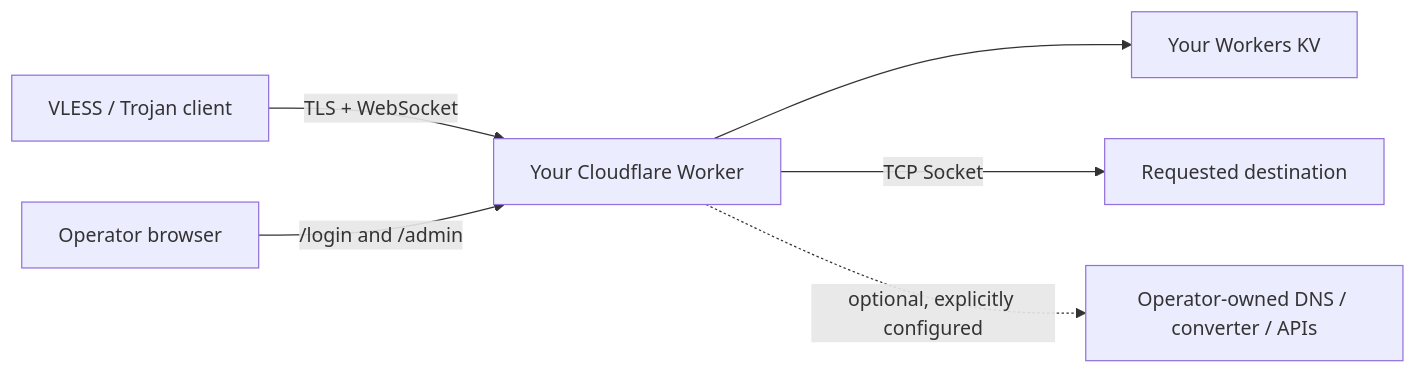
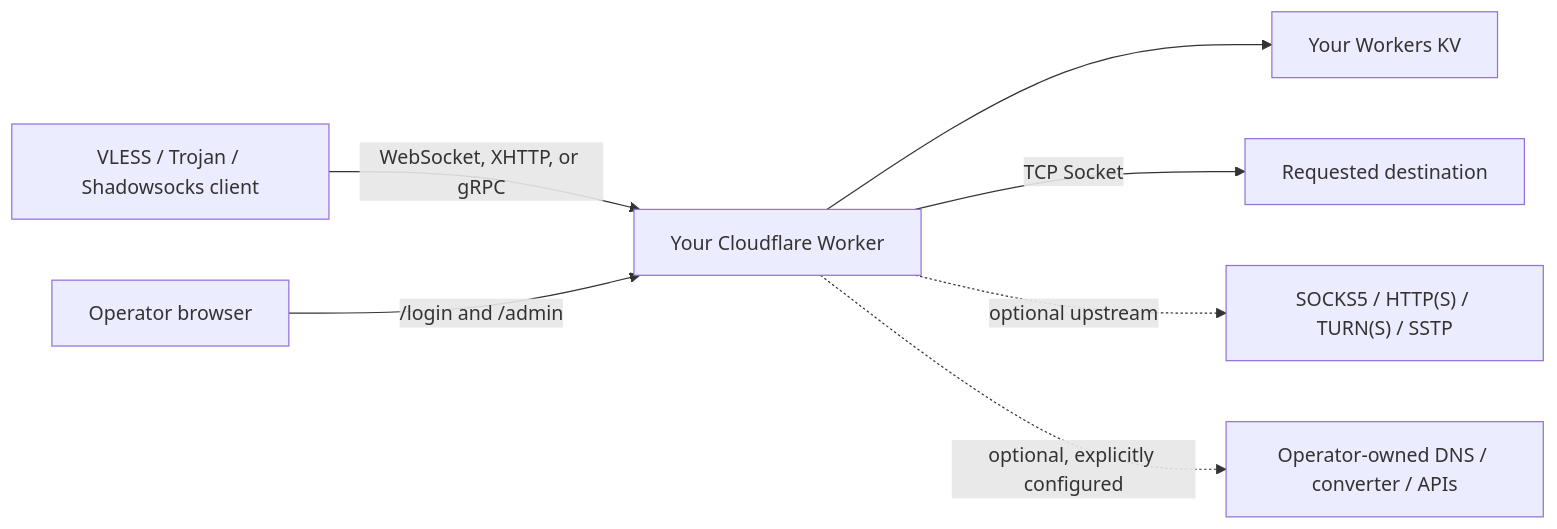
The diagram in README.md (anuxs/Re_edgetunnel), drawn with Mermaid before and after one commit. The commit also changed other lines of this file and 26 other files, not shown here.

````diff
--- a/README.md
+++ b/README.md
@@ -49,8 +58,9 @@
 ```mermaid
 flowchart LR
-    C["VLESS / Trojan client"] -->|"TLS + WebSocket"| W["Your Cloudflare Worker"]
+    C["VLESS / Trojan / Shadowsocks client"] -->|"WebSocket, XHTTP, or gRPC"| W["Your Cloudflare Worker"]
     A["Operator browser"] -->|"/login and /admin"| W
     W --> K["Your Workers KV"]
     W -->|"TCP Socket"| D["Requested destination"]
+    W -. "optional upstream" .-> P["SOCKS5 / HTTP(S) / TURN(S) / SSTP"]
     W -. "optional, explicitly configured" .-> O["Operator-owned DNS / converter / APIs"]
 ```
````
